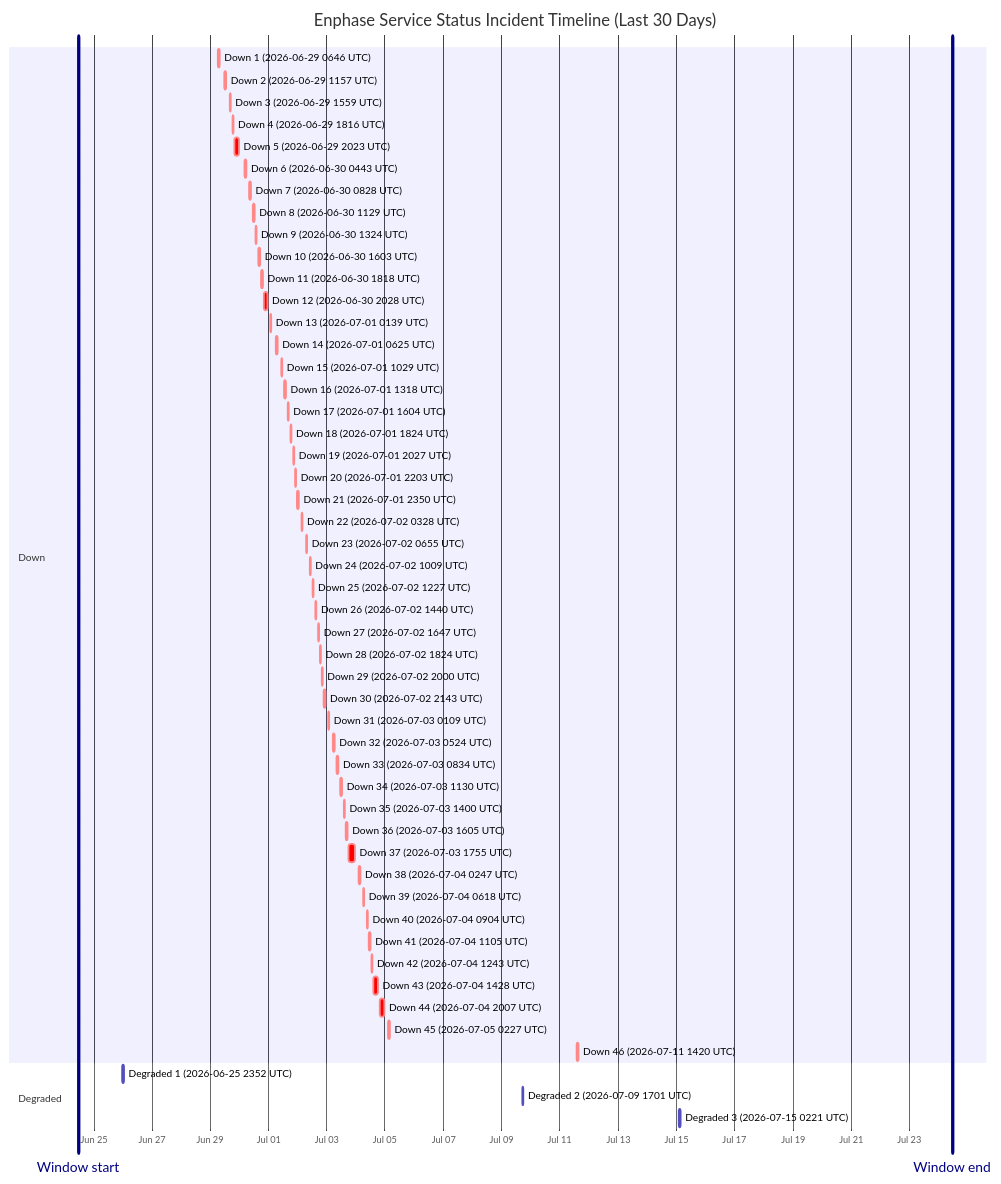
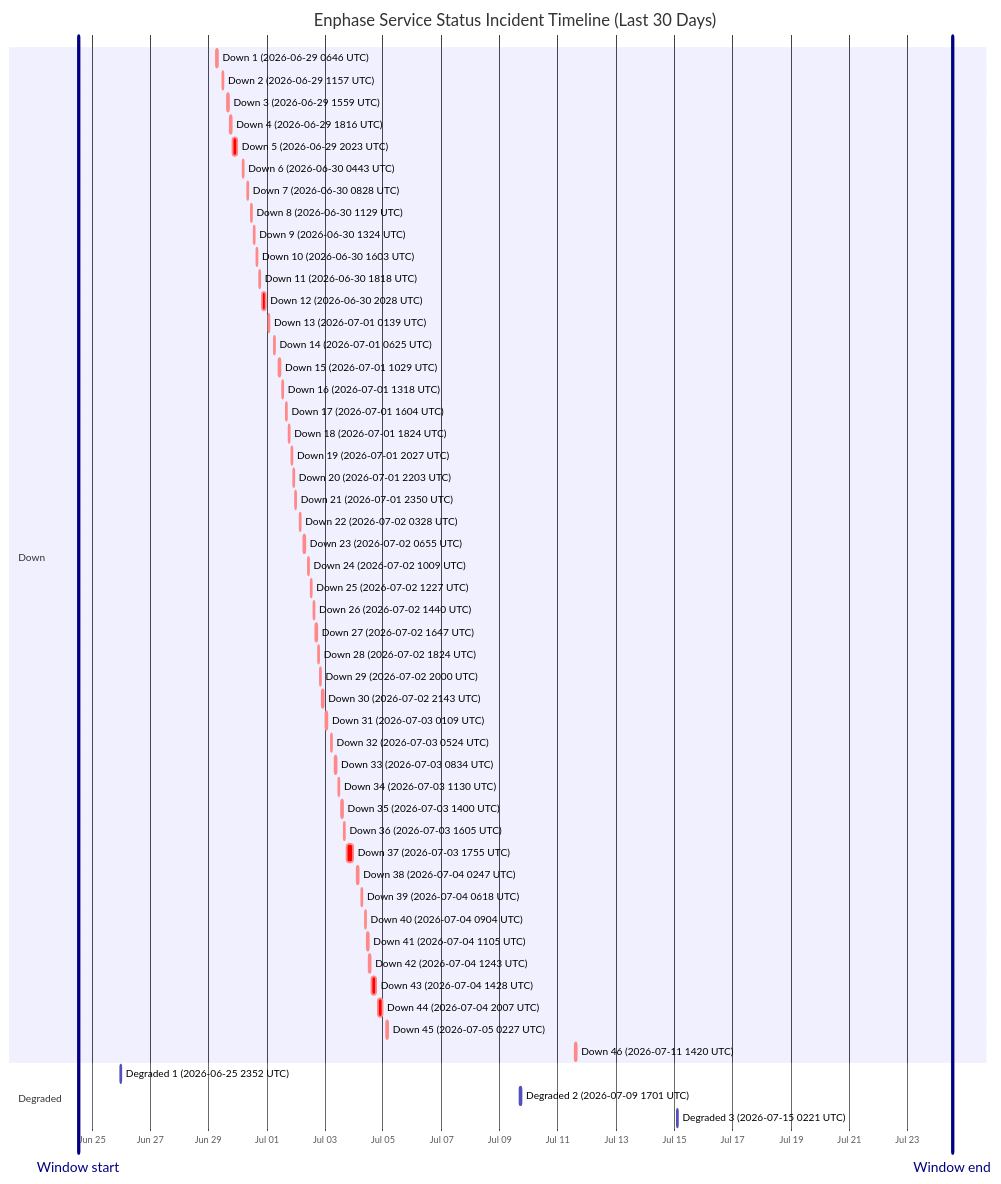
The diagram in wiki/Service-Status-History.md (barneyonline/ha-enphase-energy), drawn with Mermaid before and after one commit. The commit also changed other lines of this file and 3 other files, not shown here.

````diff
--- a/wiki/Service-Status-History.md
+++ b/wiki/Service-Status-History.md
@@ -14,59 +14,59 @@
 ```mermaid
 gantt
     title Enphase Service Status Incident Timeline (Last 30 Days)
     dateFormat  YYYY-MM-DDTHH:mm:ss
     axisFormat  %b %d
-    Window start :vert, window-start, 2026-06-24T11:16:22, 0ms
-    Window end :vert, window-end, 2026-07-24T11:16:22, 0ms
+    Window start :vert, window-start, 2026-06-24T12:56:24, 0ms
+    Window end :vert, window-end, 2026-07-24T12:56:24, 0ms
     section Down
     Down 1 (2026-06-29 0646 UTC) :crit, down-1, 2026-06-29T06:46:18, 60m
     Down 2 (2026-06-29 1157 UTC) :crit, down-2, 2026-06-29T11:57:36, 60m
     Down 3 (2026-06-29 1559 UTC) :crit, down-3, 2026-06-29T15:59:02, 60m
     Down 4 (2026-06-29 1816 UTC) :crit, down-4, 2026-06-29T18:16:38, 60m
     Down 5 (2026-06-29 2023 UTC) :crit, down-5, 2026-06-29T20:23:16, 220m
     Down 6 (2026-06-30 0443 UTC) :crit, down-6, 2026-06-30T04:43:54, 60m
     Down 7 (2026-06-30 0828 UTC) :crit, down-7, 2026-06-30T08:28:43, 60m
     Down 8 (2026-06-30 1129 UTC) :crit, down-8, 2026-06-30T11:29:15, 60m
     Down 9 (2026-06-30 1324 UTC) :crit, down-9, 2026-06-30T13:24:25, 60m
     Down 10 (2026-06-30 1603 UTC) :crit, down-10, 2026-06-30T16:03:26, 60m
     Down 11 (2026-06-30 1818 UTC) :crit, down-11, 2026-06-30T18:18:39, 60m
     Down 12 (2026-06-30 2028 UTC) :crit, down-12, 2026-06-30T20:28:54, 171m
     Down 13 (2026-07-01 0139 UTC) :crit, down-13, 2026-07-01T01:39:18, 60m
     Down 14 (2026-07-01 0625 UTC) :crit, down-14, 2026-07-01T06:25:35, 60m
     Down 15 (2026-07-01 1029 UTC) :crit, down-15, 2026-07-01T10:29:24, 60m
     Down 16 (2026-07-01 1318 UTC) :crit, down-16, 2026-07-01T13:18:31, 60m
     Down 17 (2026-07-01 1604 UTC) :crit, down-17, 2026-07-01T16:04:29, 60m
     Down 18 (2026-07-01 1824 UTC) :crit, down-18, 2026-07-01T18:24:21, 60m
     Down 19 (2026-07-01 2027 UTC) :crit, down-19, 2026-07-01T20:27:17, 60m
     Down 20 (2026-07-01 2203 UTC) :crit, down-20, 2026-07-01T22:03:46, 60m
     Down 21 (2026-07-01 2350 UTC) :crit, down-21, 2026-07-01T23:50:52, 60m
     Down 22 (2026-07-02 0328 UTC) :crit, down-22, 2026-07-02T03:28:33, 60m
     Down 23 (2026-07-02 0655 UTC) :crit, down-23, 2026-07-02T06:55:07, 60m
     Down 24 (2026-07-02 1009 UTC) :crit, down-24, 2026-07-02T10:09:15, 60m
     Down 25 (2026-07-02 1227 UTC) :crit, down-25, 2026-07-02T12:27:49, 60m
     Down 26 (2026-07-02 1440 UTC) :crit, down-26, 2026-07-02T14:40:53, 60m
     Down 27 (2026-07-02 1647 UTC) :crit, down-27, 2026-07-02T16:47:47, 60m
     Down 28 (2026-07-02 1824 UTC) :crit, down-28, 2026-07-02T18:24:26, 60m
     Down 29 (2026-07-02 2000 UTC) :crit, down-29, 2026-07-02T20:00:57, 60m
     Down 30 (2026-07-02 2143 UTC) :crit, down-30, 2026-07-02T21:43:52, 80m
     Down 31 (2026-07-03 0109 UTC) :crit, down-31, 2026-07-03T01:09:19, 60m
     Down 32 (2026-07-03 0524 UTC) :crit, down-32, 2026-07-03T05:24:23, 60m
     Down 33 (2026-07-03 0834 UTC) :crit, down-33, 2026-07-03T08:34:05, 60m
     Down 34 (2026-07-03 1130 UTC) :crit, down-34, 2026-07-03T11:30:41, 60m
     Down 35 (2026-07-03 1400 UTC) :crit, down-35, 2026-07-03T14:00:48, 60m
     Down 36 (2026-07-03 1605 UTC) :crit, down-36, 2026-07-03T16:05:49, 60m
     Down 37 (2026-07-03 1755 UTC) :crit, down-37, 2026-07-03T17:55:54, 338m
     Down 38 (2026-07-04 0247 UTC) :crit, down-38, 2026-07-04T02:47:22, 60m
     Down 39 (2026-07-04 0618 UTC) :crit, down-39, 2026-07-04T06:18:09, 60m
     Down 40 (2026-07-04 0904 UTC) :crit, down-40, 2026-07-04T09:04:41, 60m
     Down 41 (2026-07-04 1105 UTC) :crit, down-41, 2026-07-04T11:05:21, 60m
     Down 42 (2026-07-04 1243 UTC) :crit, down-42, 2026-07-04T12:43:25, 60m
     Down 43 (2026-07-04 1428 UTC) :crit, down-43, 2026-07-04T14:28:07, 243m
     Down 44 (2026-07-04 2007 UTC) :crit, down-44, 2026-07-04T20:07:50, 206m
     Down 45 (2026-07-05 0227 UTC) :crit, down-45, 2026-07-05T02:27:32, 109m
     Down 46 (2026-07-11 1420 UTC) :crit, down-46, 2026-07-11T14:20:54, 69m
     section Degraded
     Degraded 1 (2026-06-25 2352 UTC) :active, degraded-1, 2026-06-25T23:52:01, 60m
     Degraded 2 (2026-07-09 1701 UTC) :active, degraded-2, 2026-07-09T17:01:02, 60m
     Degraded 3 (2026-07-15 0221 UTC) :active, degraded-3, 2026-07-15T02:21:35, 60m
 ```
````
